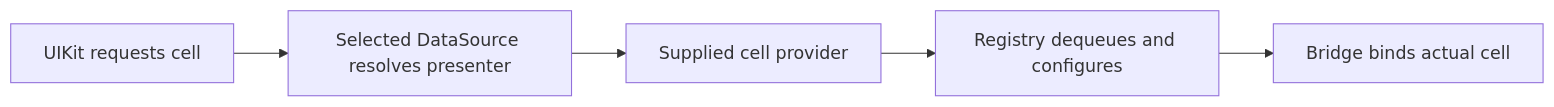
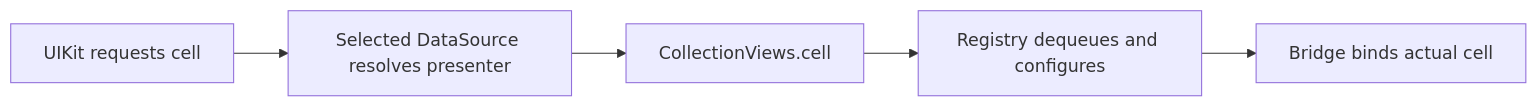
Before and after one commit to Weixi779/Parade: the third of 5 diagrams in Docs/Architecture.md, drawn with Mermaid. The commit also changed other lines of this file and 7 other files, not shown here.

````diff
--- a/Docs/Architecture.md
+++ b/Docs/Architecture.md
@@ -215,7 +232,7 @@
 ```mermaid
 flowchart LR
     UIKit[UIKit requests cell] --> Source[Selected DataSource resolves presenter]
-    Source --> Provider[Supplied cell provider]
-    Provider --> Registry[Registry dequeues and configures]
+    Source --> Views[CollectionViews.cell]
+    Views --> Registry[Registry dequeues and configures]
     Registry --> Binding[Bridge binds actual cell]
 ```
````
